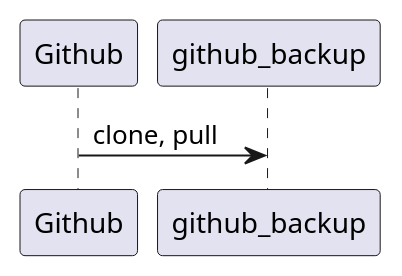
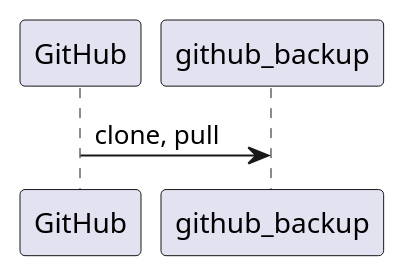
Before and after one commit to CRUSTDE-ContainerizedRustDevEnv/windows_reinstall: the second of 4 diagrams in README.md, drawn with PlantUML. The commit also changed other lines of this file and 8 other files, not shown here.

````diff
--- a/README.md
+++ b/README.md
@@ -56,5 +88,5 @@
 ```plantuml
 @startuml
-Github -> github_backup: clone, pull
+GitHub -> github_backup: clone, pull
 @enduml
 ```
````
